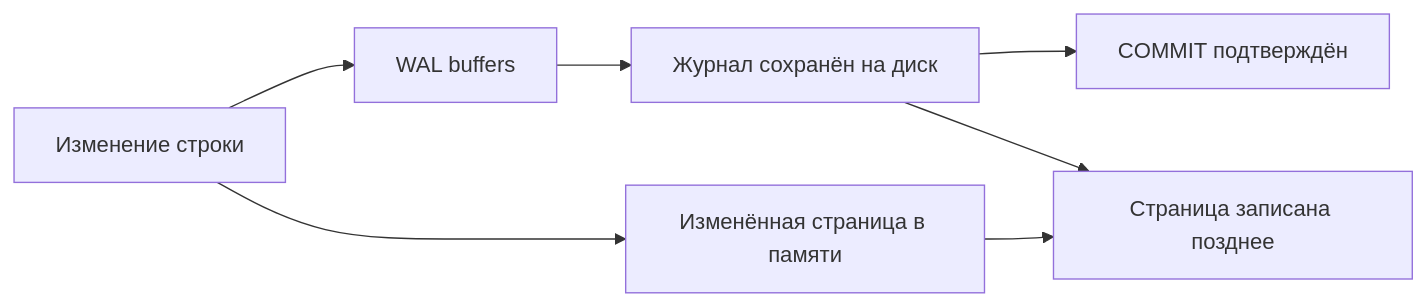
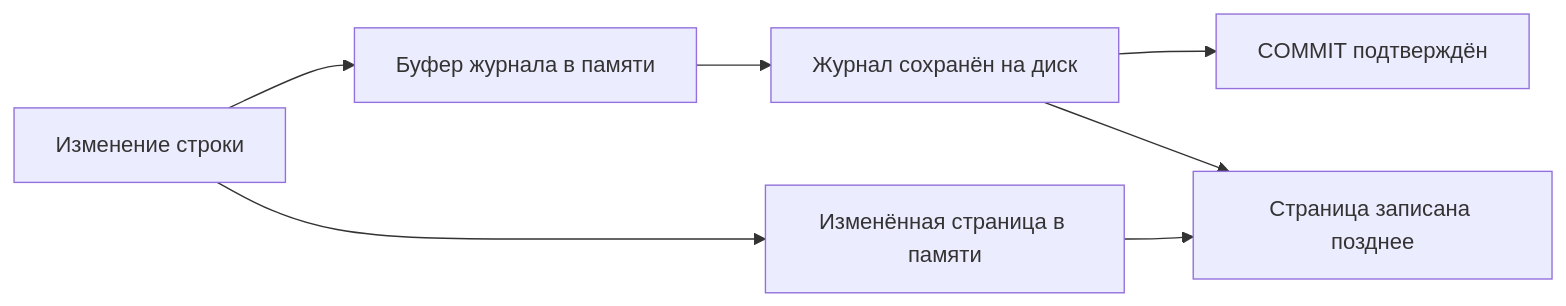
Before and after one commit to leary1337/vault: the diagram in docs/databases/postgresql/wal.md, drawn with Mermaid. The commit also changed other lines of this file and 325 other files, not shown here.

````diff
--- a/docs/databases/postgresql/wal.md
+++ b/docs/databases/postgresql/wal.md
@@ -36,9 +32,9 @@
 ```mermaid
 flowchart LR
-    Change[Изменение строки] --> Buffers[WAL buffers]
+    Change[Изменение строки] --> Buffers[Буфер журнала в памяти]
     Buffers --> Flush[Журнал сохранён на диск]
     Flush --> OK[COMMIT подтверждён]
     Change --> Dirty[Изменённая страница в памяти]
     Flush --> Data[Страница записана позднее]
     Dirty --> Data
 ```
````
